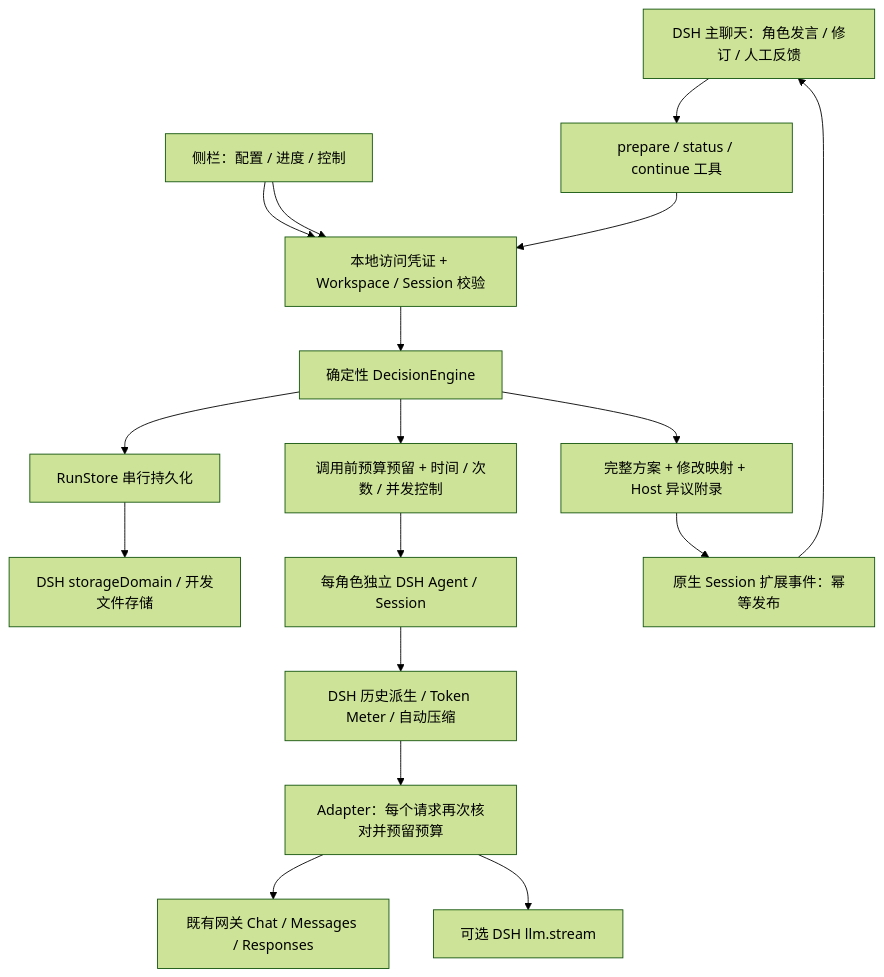
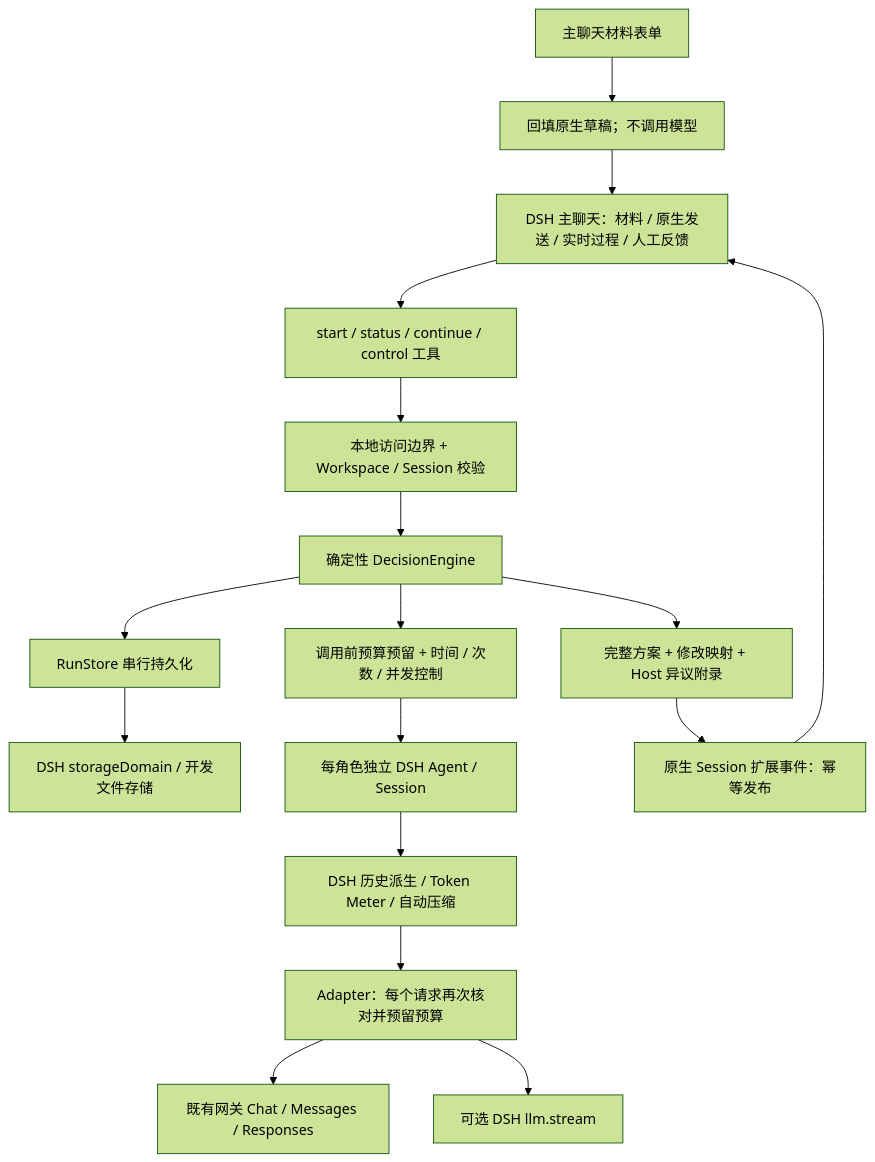
One commit to JinhangShi/dsh-decision-room changed the diagram in docs/ARCHITECTURE.md. Above: the diagram before and after it, drawn with Mermaid (forest theme). The commit also changed other lines of this file and 22 other files, not shown here.

````diff
--- a/docs/ARCHITECTURE.md
+++ b/docs/ARCHITECTURE.md
@@ -3,19 +3,19 @@
 ```mermaid
 flowchart TD
-  D[DSH 主聊天：角色发言 / 修订 / 人工反馈] --> T[prepare / status / continue 工具]
-  U[侧栏：配置 / 进度 / 控制] --> H
-  U --> H[本地访问凭证 + Workspace / Session 校验]
-  T --> H
+  D[DSH 主聊天：材料 / 原生发送 / 实时过程 / 人工反馈] --> T[start / status / continue / control 工具]
+  U[主聊天材料表单] --> C0[回填原生草稿；不调用模型]
+  C0 --> D
+  T --> H[本地访问边界 + Workspace / Session 校验]
   H --> E[确定性 DecisionEngine]
   E --> S[RunStore 串行持久化]
   S --> SD[DSH storageDomain / 开发文件存储]
   E --> B[调用前预算预留 + 时间 / 次数 / 并发控制]
   B --> P[每角色独立 DSH Agent / Session]
   P --> C[DSH 历史派生 / Token Meter / 自动压缩]
   C --> G[Adapter：每个请求再次核对并预留预算]
   G --> HTTP[既有网关 Chat / Messages / Responses]
   G --> L[可选 DSH llm.stream]
   E --> R[完整方案 + 修改映射 + Host 异议附录]
   R --> M[原生 Session 扩展事件：幂等发布]
   M --> D
 ```
````
